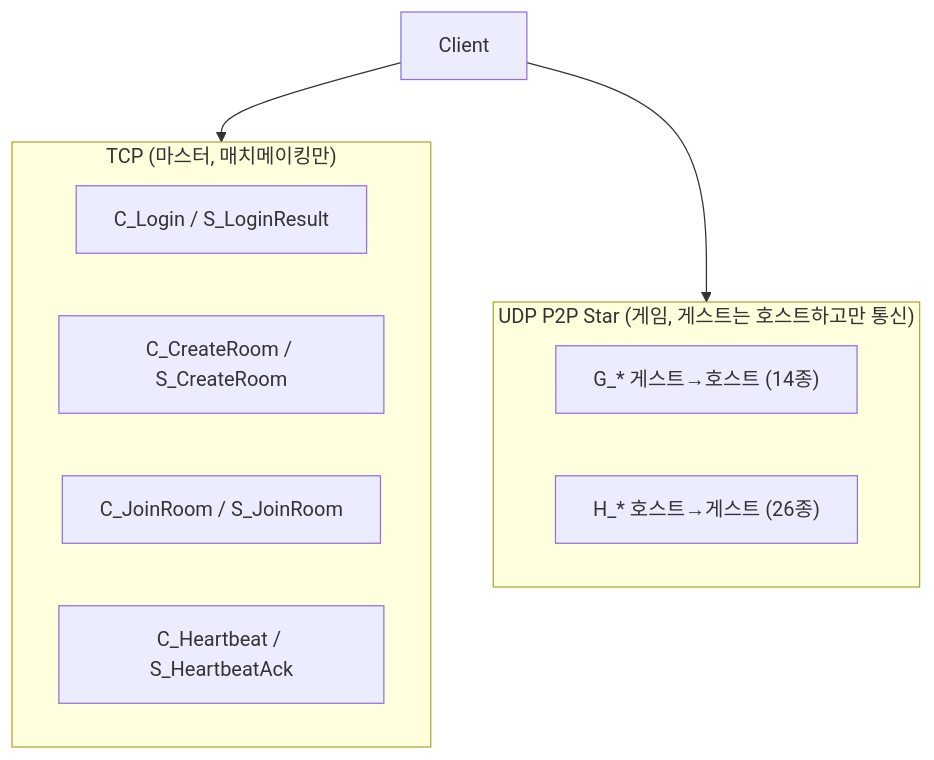
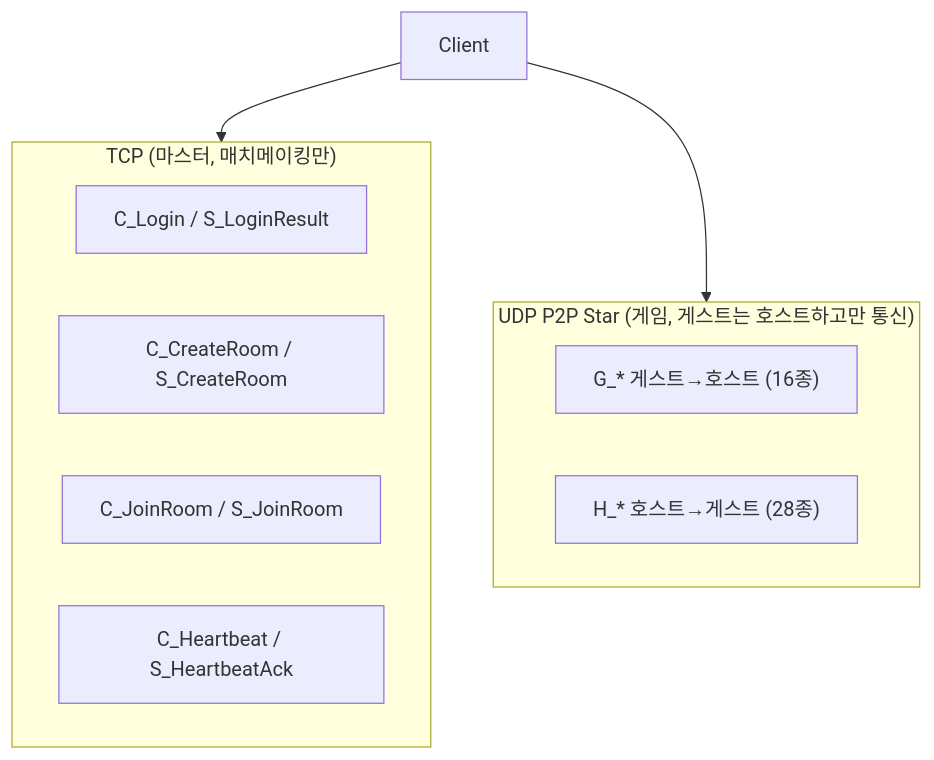
The diagram in Docs/development/network-packets.md (ksjgusdh123/PocoPoachers), drawn with Mermaid before and after one commit. The commit also changed other lines of this file and 29 other files, not shown here.

````diff
--- a/Docs/development/network-packets.md
+++ b/Docs/development/network-packets.md
@@ -12,17 +12,17 @@
 ```mermaid
 flowchart TB
     subgraph TCP["TCP (마스터, 매치메이킹만)"]
         Login[C_Login / S_LoginResult]
         Room[C_CreateRoom / S_CreateRoom]
         Join[C_JoinRoom / S_JoinRoom]
         HB[C_Heartbeat / S_HeartbeatAck]
     end
 
     subgraph UDP["UDP P2P Star (게임, 게스트는 호스트하고만 통신)"]
-        G["G_* 게스트→호스트 (14종)"]
-        H["H_* 호스트→게스트 (26종)"]
+        G["G_* 게스트→호스트 (16종)"]
+        H["H_* 호스트→게스트 (28종)"]
     end
 
     Client --> TCP
     Client --> UDP
 ```
````
